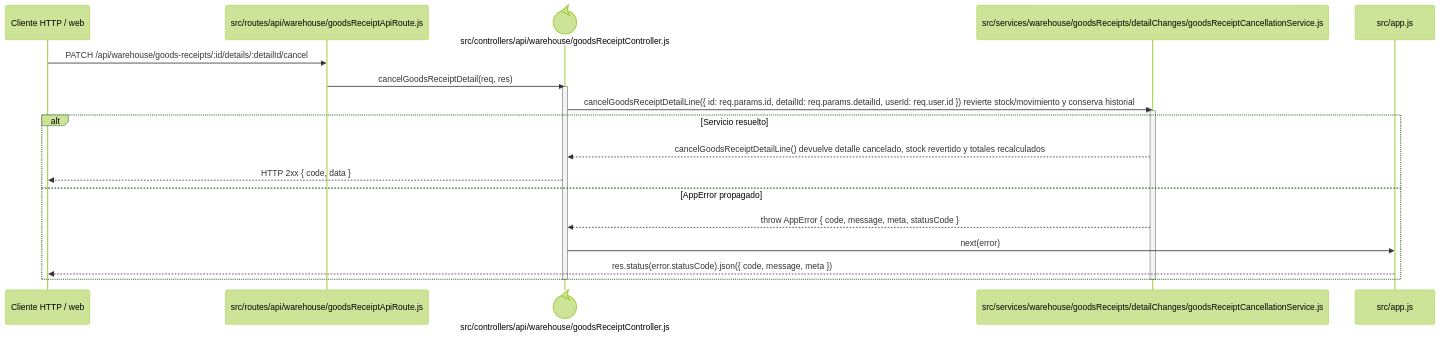
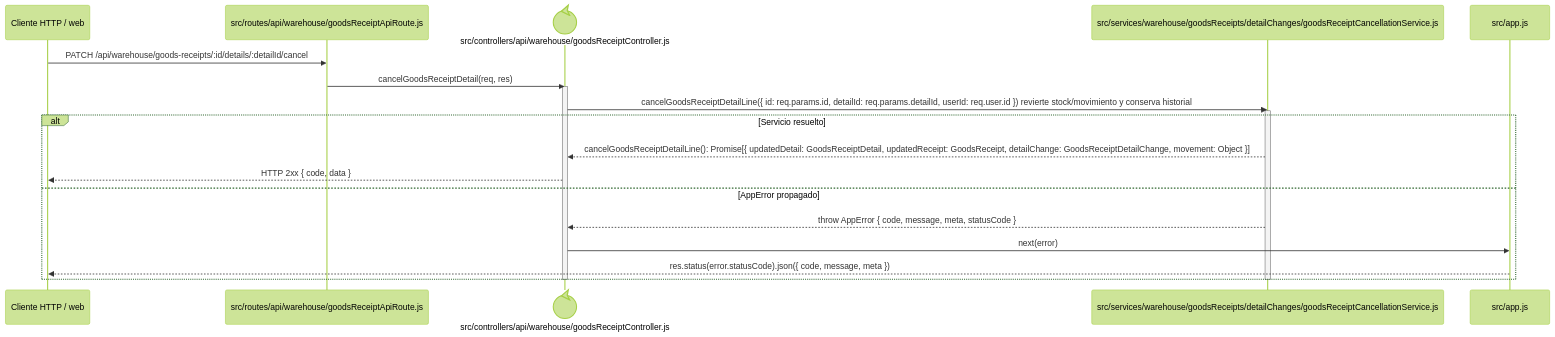
The diagram in docs/architecture/backend-code-sequences/purchases/cu-ent-05.md (gpgsistemas01/nexus), drawn with Mermaid (forest theme) before and after one commit. The commit also changed 146 other files, not shown here.

````diff
--- a/docs/architecture/backend-code-sequences/purchases/cu-ent-05.md
+++ b/docs/architecture/backend-code-sequences/purchases/cu-ent-05.md
@@ -6,24 +6,24 @@
 ```mermaid
 sequenceDiagram
     participant Client as Cliente HTTP / web
     participant Route as src/routes/api/warehouse/goodsReceiptApiRoute.js
     participant Controller@{ "type": "control" } as src/controllers/api/warehouse/goodsReceiptController.js
     participant Domain as src/services/warehouse/goodsReceipts/detailChanges/goodsReceiptCancellationService.js
     participant ErrorHandler as src/app.js
 
     Client->>Route: PATCH /api/warehouse/goods-receipts/:id/details/:detailId/cancel
     Route->>Controller: cancelGoodsReceiptDetail(req, res)
     activate Controller
     Controller->>Domain: cancelGoodsReceiptDetailLine({ id: req.params.id, detailId: req.params.detailId, userId: req.user.id }) revierte stock/movimiento y conserva historial
     activate Domain
     alt Servicio resuelto
-        Domain-->>Controller: cancelGoodsReceiptDetailLine() devuelve detalle cancelado, stock revertido y totales recalculados
+        Domain-->>Controller: cancelGoodsReceiptDetailLine(): Promise[{ updatedDetail: GoodsReceiptDetail, updatedReceipt: GoodsReceipt, detailChange: GoodsReceiptDetailChange, movement: Object }]
         Controller-->>Client: HTTP 2xx { code, data }
     else AppError propagado
         Domain-->>Controller: throw AppError { code, message, meta, statusCode }
         Controller->>ErrorHandler: next(error)
         ErrorHandler-->>Client: res.status(error.statusCode).json({ code, message, meta })
     end
     deactivate Domain
     deactivate Controller
 ```
````
